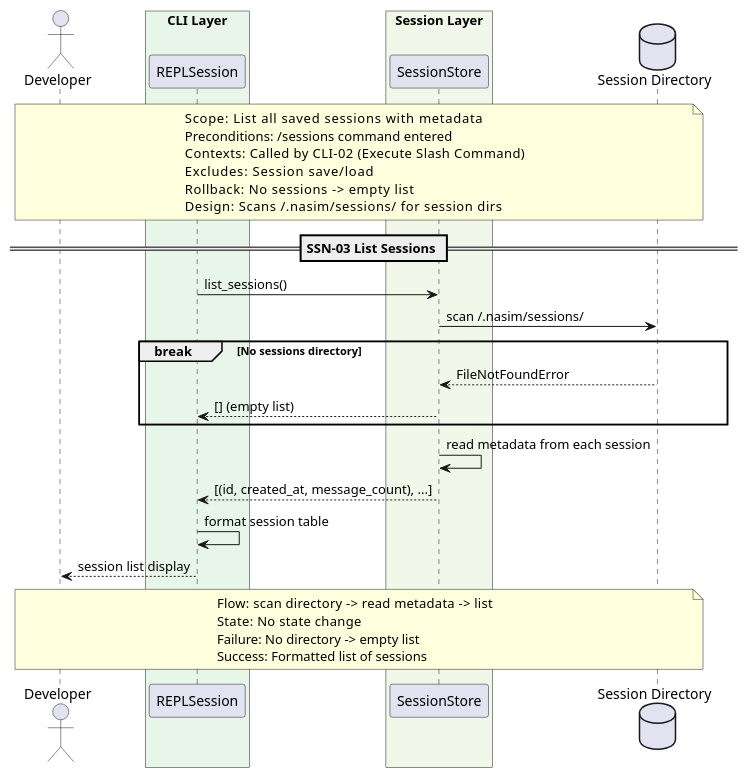
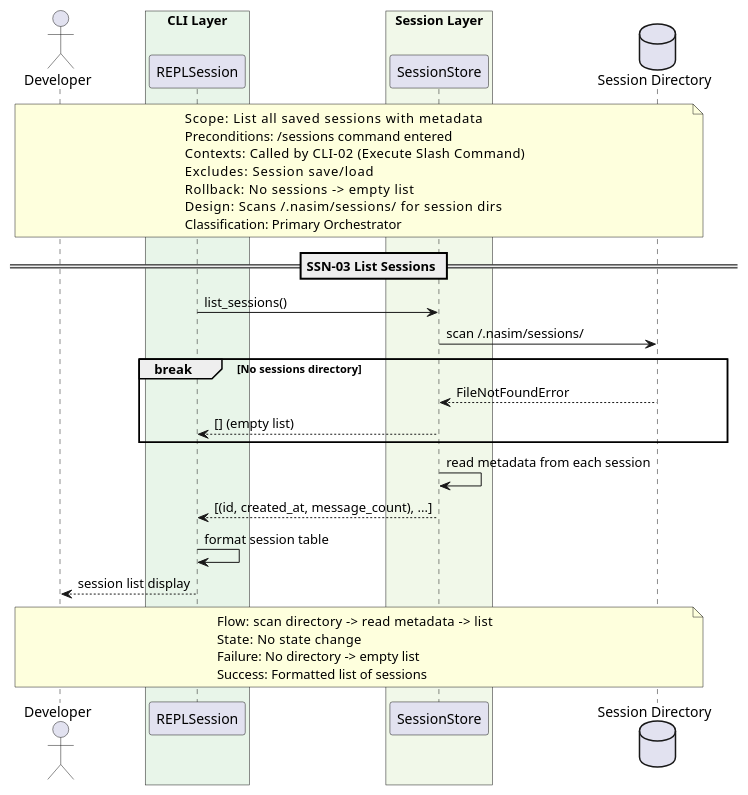
One commit to salimnamvar/nasim changed the diagram in docs/SQ/SSN/sq_ssn03_list_sessions.puml. Above: the diagram before and after it, drawn with PlantUML. The commit also changed 153 other files, not shown here.

```diff
--- a/docs/SQ/SSN/sq_ssn03_list_sessions.puml
+++ b/docs/SQ/SSN/sq_ssn03_list_sessions.puml
@@ -1,53 +1,54 @@
 @startuml sq_ssn03_list_sessions
 ' ============================================================
 ' Title:     SSN-03 — List Sessions
 ' Boundary:  nasim code agent CLI
 ' Purpose:   List available saved sessions
 ' Milestone: v1.0
 ' Version:   2.0.0
-' Source:    docs/audit/audit_2026-06-20_capability-and-architecture.md
+' Source:    docs/UC/README.md
 ' Review:    —
 ' ============================================================
 
 actor "Developer" as user
 
 box "CLI Layer" #E8F5E9
   participant "REPLSession" as repl
 end box
 box "Session Layer" #F1F8E9
   participant "SessionStore" as store
 end box
 database "Session Directory" as dir
 
 note over user, dir
   Scope:          List all saved sessions with metadata
   Preconditions:  /sessions command entered
   Contexts:       Called by CLI-02 (Execute Slash Command)
   Excludes:       Session save/load
   Rollback:       No sessions -> empty list
   Design:         Scans ~/.nasim/sessions/ for session dirs
+  Classification: Primary Orchestrator
 end note
 
 == SSN-03 List Sessions ==
 
 repl -> store : list_sessions()
 store -> dir : scan ~/.nasim/sessions/
 
 break No sessions directory
     dir --> store : FileNotFoundError
     store --> repl : [] (empty list)
 end
 
 store -> store : read metadata from each session
 store --> repl : [(id, created_at, message_count), ...]
 repl -> repl : format session table
 repl --> user : session list display
 
 note over user, dir
   Flow:    scan directory -> read metadata -> list
   State:   No state change
   Failure: No directory -> empty list
   Success: Formatted list of sessions
 end note
 
 @enduml
```
